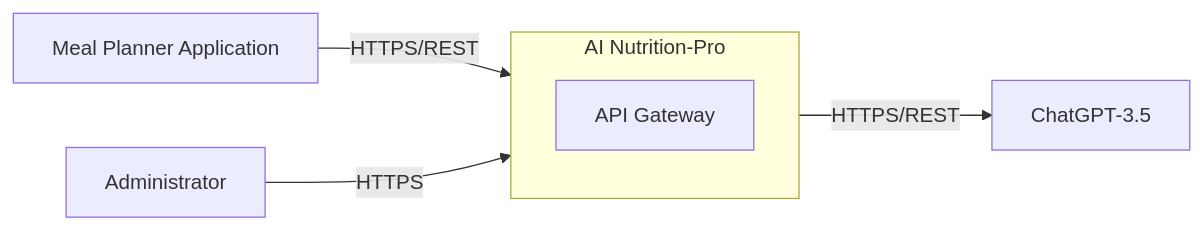
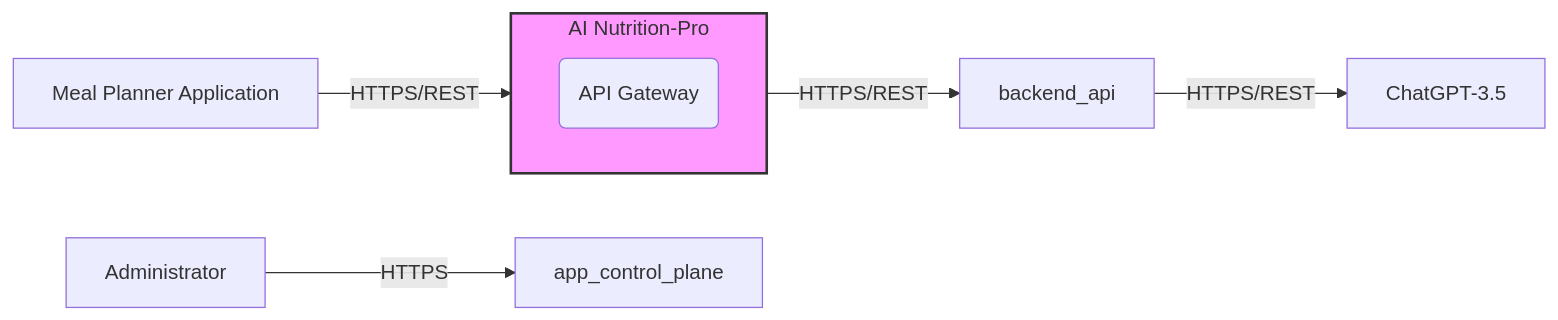
One commit to xvnpw/ai-security-analyzer changed the first of 4 diagrams in examples/file-sec-design-ai-nutrition-pro-gemini-2.0-flash-thinking-exp.md. Above: the diagram before and after it, drawn with Mermaid. The commit also changed other lines of this file and 102 other files, not shown here.

````diff
--- a/examples/file-sec-design-ai-nutrition-pro-gemini-2.0-flash-thinking-exp.md
+++ b/examples/file-sec-design-ai-nutrition-pro-gemini-2.0-flash-thinking-exp.md
@@ -58,15 +56,18 @@
 ```mermaid
 flowchart LR
     subgraph AI_Nutrition_Pro [AI Nutrition-Pro]
-        direction TB
-        api_gateway["API Gateway"]
+      direction LR
+      api_gateway("API Gateway")
     end
 
     mealApp["Meal Planner Application"]
     chatgpt["ChatGPT-3.5"]
     admin["Administrator"]
 
     mealApp -- HTTPS/REST --> api_gateway
-    api_gateway -- HTTPS/REST --> chatgpt
-    admin -- HTTPS --> AI_Nutrition_Pro
+    api_gateway -- HTTPS/REST --> backend_api
+    backend_api -- HTTPS/REST --> chatgpt
+    admin -- HTTPS --> app_control_plane
+
+    style AI_Nutrition_Pro fill:#f9f,stroke:#333,stroke-width:2px
 ```
````
